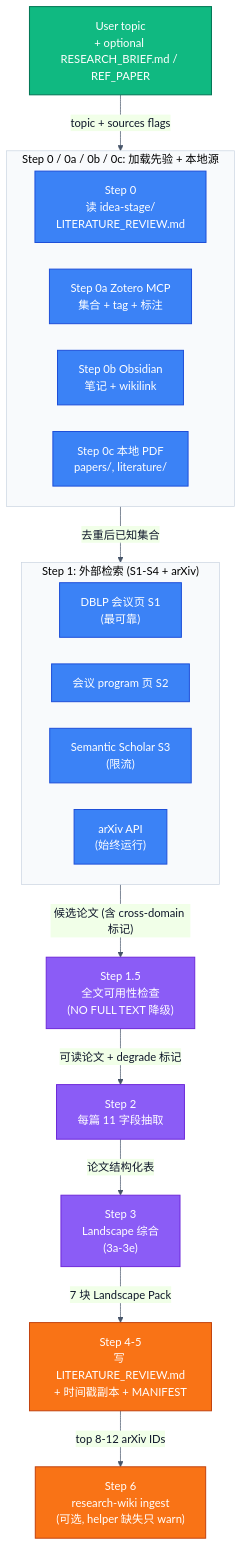
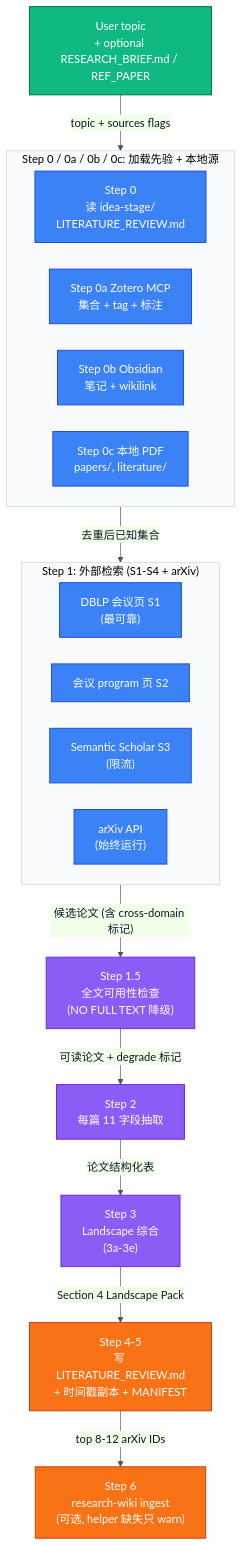
One commit to BeenLi/Auto-claude-code-research-in-sleep changed the third of 4 diagrams in docs/ARIS-Architecture-Research-Playbook.md. Above: the diagram before and after it, drawn with Mermaid. The commit also changed other lines of this file and 23 other files, not shown here.

````diff
--- a/docs/ARIS-Architecture-Research-Playbook.md
+++ b/docs/ARIS-Architecture-Research-Playbook.md
@@ -300,45 +298,45 @@
 ```mermaid
 %%{init: {"theme": "base", "flowchart": {"curve": "basis", "nodeSpacing": 38, "rankSpacing": 56}, "themeVariables": {"background": "#FFFFFF", "primaryColor": "#E8F1FF", "primaryBorderColor": "#2563EB", "primaryTextColor": "#0F172A", "lineColor": "#475569", "clusterBkg": "#F8FAFC", "clusterBorder": "#CBD5E1"}}}%%
 flowchart TB
     topic["User topic<br/>+ optional RESEARCH_BRIEF.md / REF_PAPER"]
 
     subgraph priorAndLocal["Step 0 / 0a / 0b / 0c: 加载先验 + 本地源"]
         direction LR
         prevReview["Step 0<br/>读 idea-stage/<br/>LITERATURE_REVIEW.md"]
         zotero["Step 0a Zotero MCP<br/>集合 + tag + 标注"]
         obsidian["Step 0b Obsidian<br/>笔记 + wikilink"]
         localPdf["Step 0c 本地 PDF<br/>papers/, literature/"]
     end
 
     subgraph externalSearch["Step 1: 外部检索 (S1-S4 + arXiv)"]
         direction LR
         dblp["DBLP 会议页 S1<br/>(最可靠)"]
         confProg["会议 program 页 S2"]
         s2api["Semantic Scholar S3<br/>(限流)"]
         arxivApi["arXiv API<br/>(始终运行)"]
     end
 
     fulltext["Step 1.5<br/>全文可用性检查<br/>(NO FULL TEXT 降级)"]
     analyze["Step 2<br/>每篇 11 字段抽取"]
     synthesis["Step 3<br/>Landscape 综合<br/>(3a-3e)"]
     writeOut["Step 4-5<br/>写 LITERATURE_REVIEW.md<br/>+ 时间戳副本 + MANIFEST"]
     wikiIngest["Step 6<br/>research-wiki ingest<br/>(可选, helper 缺失只 warn)"]
 
     topic -->|"topic + sources flags"| priorAndLocal
     priorAndLocal -->|"去重后已知集合"| externalSearch
     externalSearch -->|"候选论文 (含 cross-domain 标记)"| fulltext
     fulltext -->|"可读论文 + degrade 标记"| analyze
     analyze -->|"论文结构化表"| synthesis
-    synthesis -->|"7 块 Landscape Pack"| writeOut
+    synthesis -->|"Section 4 Landscape Pack"| writeOut
     writeOut -->|"top 8-12 arXiv IDs"| wikiIngest
 
     classDef inputCls fill:#10B981,color:#fff,stroke:#047857,stroke-width:1.5px
     classDef searchCls fill:#3B82F6,color:#fff,stroke:#1D4ED8,stroke-width:1.4px
     classDef processCls fill:#8B5CF6,color:#fff,stroke:#6D28D9,stroke-width:1.4px
     classDef outCls fill:#F97316,color:#fff,stroke:#C2410C,stroke-width:1.4px
 
     class topic inputCls
     class prevReview,zotero,obsidian,localPdf,dblp,confProg,s2api,arxivApi searchCls
     class fulltext,analyze,synthesis processCls
     class writeOut,wikiIngest outCls
 ```
````
